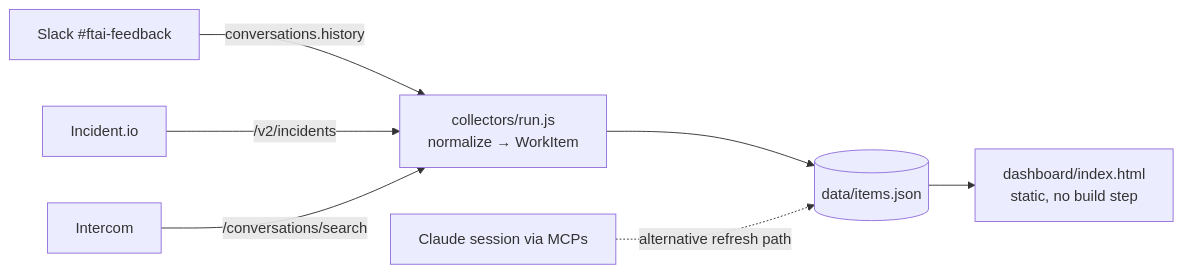
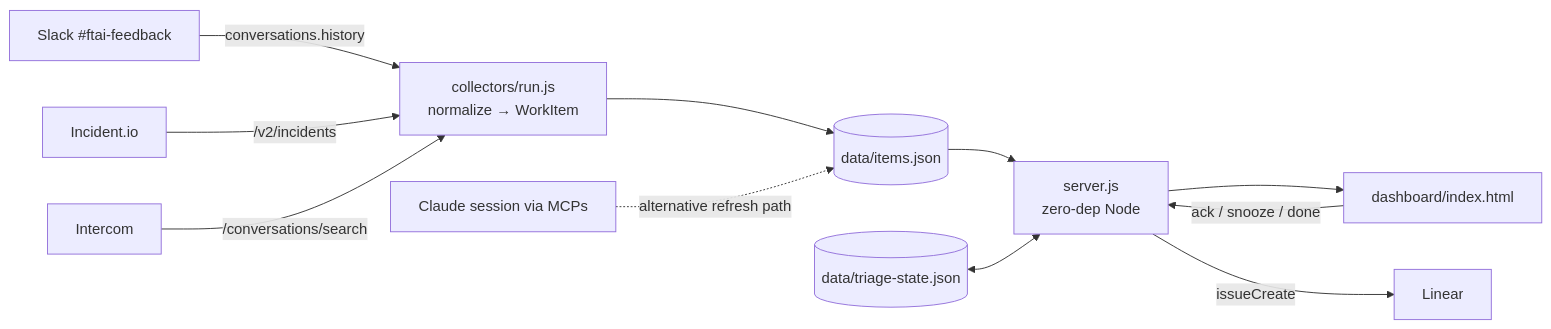
Before and after one commit to JeremyCurmi/poc: the diagram in support-escalations-dashboard/README.md, drawn with Mermaid. The commit also changed other lines of this file and 4 other files, not shown here.

First line of the commit message:
feat: triage actions + deployable server for escalations dashboard

````diff
--- a/support-escalations-dashboard/README.md
+++ b/support-escalations-dashboard/README.md
@@ -14,9 +14,13 @@
 ```mermaid
 flowchart LR
     S[Slack #ftai-feedback] -->|conversations.history| N
     I[Incident.io] -->|/v2/incidents| N
     C[Intercom] -->|/conversations/search| N
     N[collectors/run.js<br/>normalize → WorkItem] --> J[(data/items.json)]
     M[Claude session via MCPs] -.->|alternative refresh path| J
-    J --> D[dashboard/index.html<br/>static, no build step]
+    J --> SV[server.js<br/>zero-dep Node]
+    T[(data/triage-state.json)] <--> SV
+    SV --> D[dashboard/index.html]
+    D -->|ack / snooze / done| SV
+    SV -->|issueCreate| L[Linear]
 ```
````
